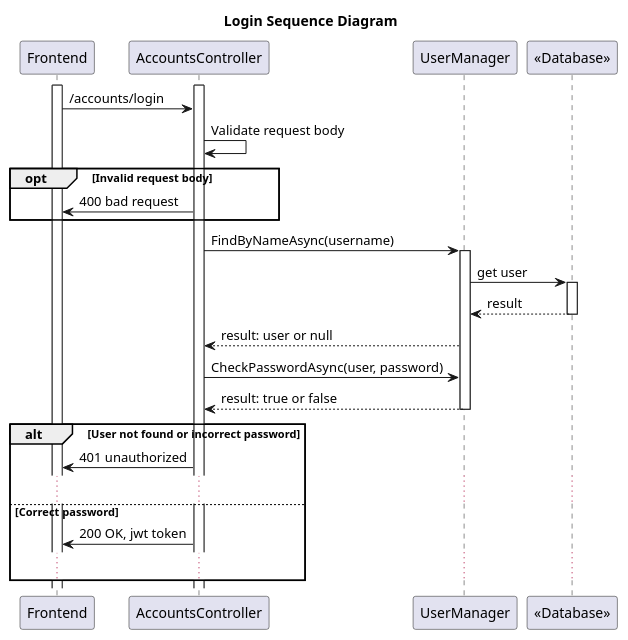
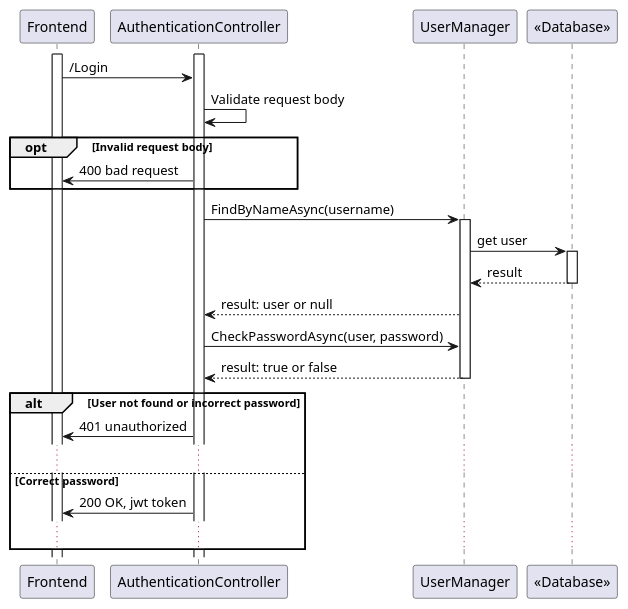
The diagram in diagrams/backend/loginSequence.puml (a-chiha/FinanceTrackerBackend), drawn with PlantUML before and after one commit. The commit also changed 18 other files, not shown here.

```diff
--- a/diagrams/backend/loginSequence.puml
+++ b/diagrams/backend/loginSequence.puml
@@ -2,37 +2,37 @@
 @startuml
-title Login Sequence Diagram
 participant "Frontend" as Frontend
-participant "AccountsController" as AccountsController
+participant "AuthenticationController" as AccountsController
 participant "UserManager" as UserManager
 participant "<<Database>>" as Database
+
 activate Frontend
 activate AccountsController
-Frontend -> AccountsController: /accounts/login
+Frontend -> AccountsController: /Login
 AccountsController -> AccountsController: Validate request body
 opt Invalid request body
 AccountsController -> Frontend: 400 bad request 
 end
 AccountsController -> UserManager: FindByNameAsync(username)
 activate UserManager
 UserManager -> Database: get user
 activate Database
 Database --> UserManager: result
 deactivate Database
 UserManager --> AccountsController: result: user or null
 
 AccountsController -> UserManager: CheckPasswordAsync(user, password)
 UserManager --> AccountsController: result: true or false
 deactivate UserManager
 alt User not found or incorrect password
 
 AccountsController -> Frontend: 401 unauthorized
 ...
 else Correct password
 
 AccountsController -> Frontend: 200 OK, jwt token
 ...
 end
 
 
 
 @enduml
```
